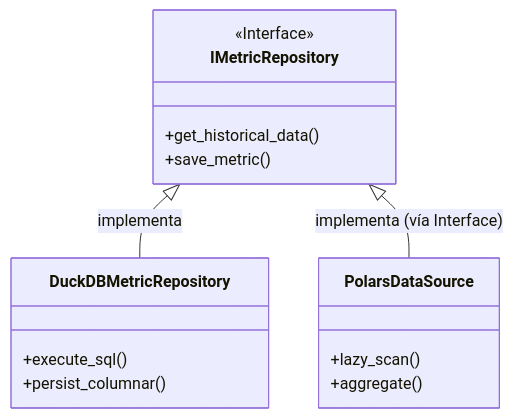
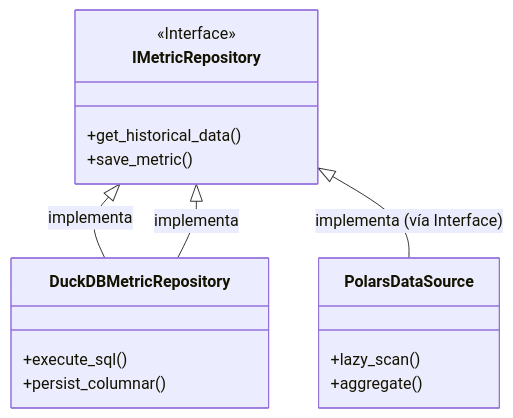
Before and after one commit to ivmafo/tsis_umb_data_science: the diagram in docs/reference.md, drawn with Mermaid. The commit also changed other lines of this file and 9 other files, not shown here.

Commit message:
docs: add deep dive explanations to all mermaid diagrams

````diff
--- a/docs/reference.md
+++ b/docs/reference.md
@@ -60,19 +60,20 @@
 ```mermaid
 classDiagram
     class IMetricRepository {
         <<Interface>>
         +get_historical_data()
         +save_metric()
     }
     class DuckDBMetricRepository {
         +execute_sql()
         +persist_columnar()
     }
     class PolarsDataSource {
         +lazy_scan()
         +aggregate()
     }
 
     IMetricRepository <|-- DuckDBMetricRepository : implementa
+    IMetricRepository <|-- DuckDBMetricRepository : implementa
     IMetricRepository <|-- PolarsDataSource : implementa (vía Interface)
 ```
````
